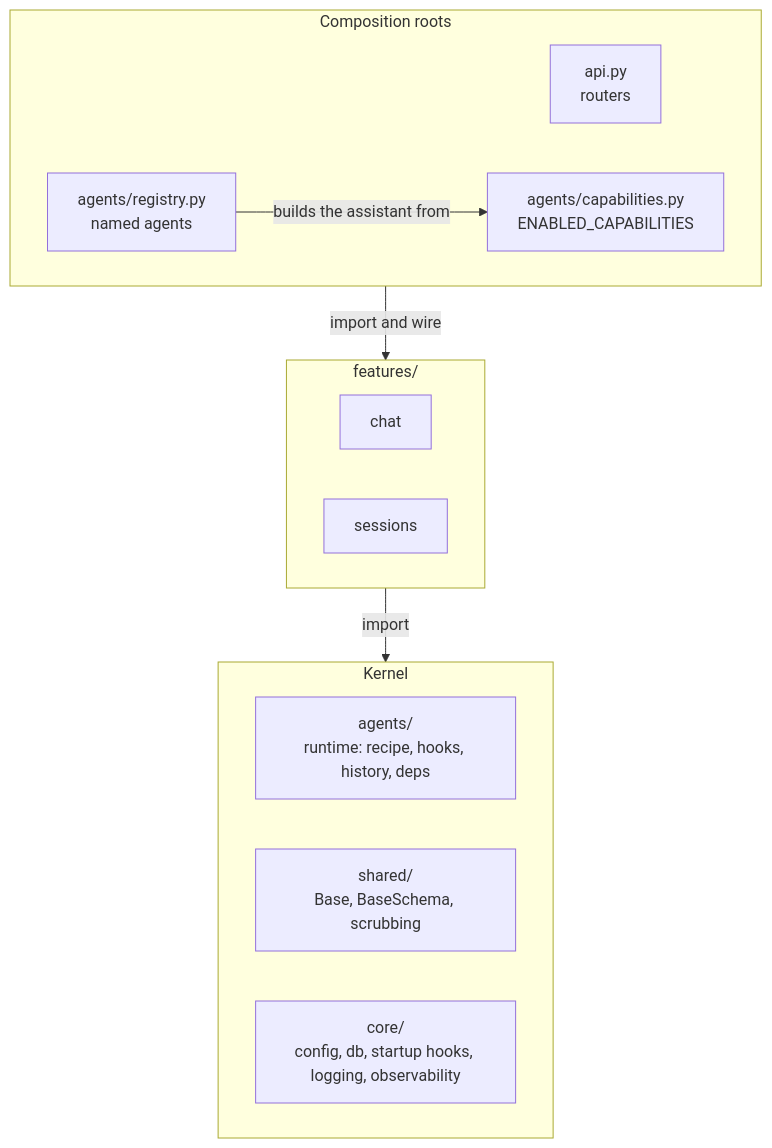
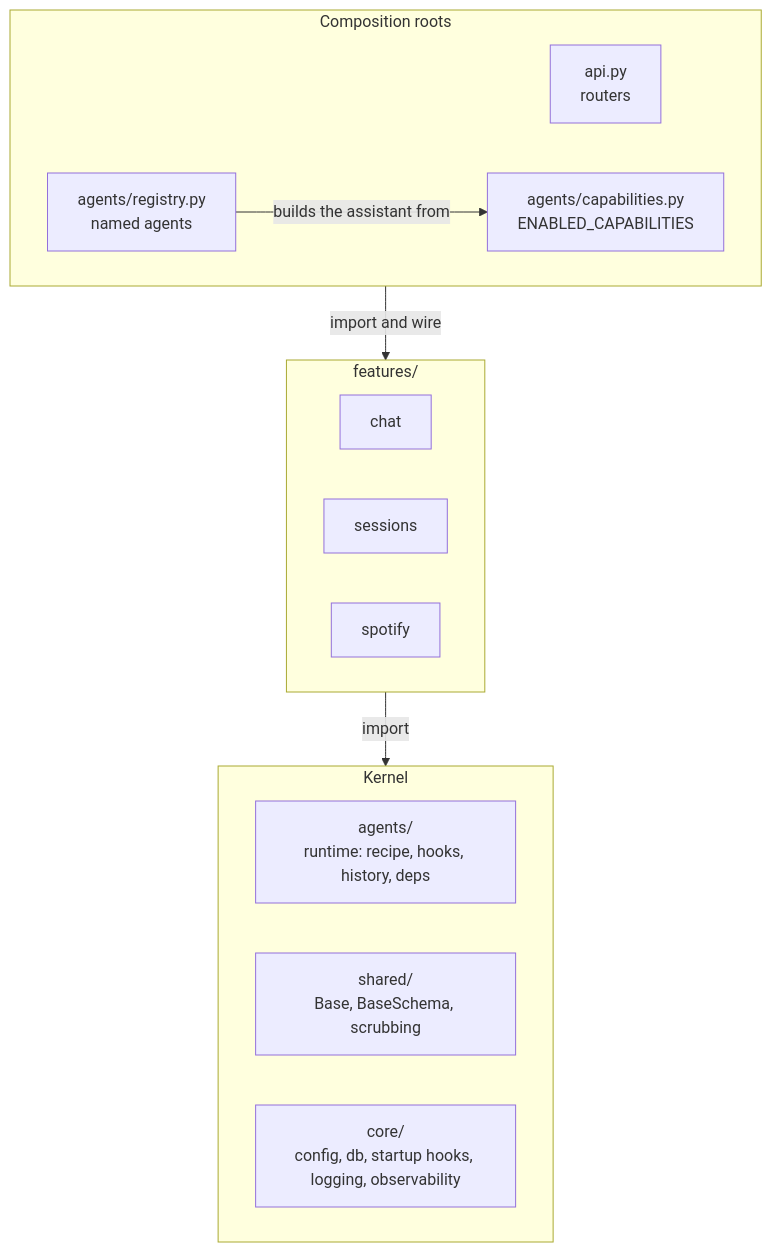
One commit to LukeMainwaring/cortexdj changed the diagram in docs/architecture/slices-and-the-dependency-rule.md. Above: the diagram before and after it, drawn with Mermaid. The commit also changed other lines of this file and 5 other files, not shown here.

````diff
--- a/docs/architecture/slices-and-the-dependency-rule.md
+++ b/docs/architecture/slices-and-the-dependency-rule.md
@@ -9,20 +9,21 @@
 ```mermaid
 flowchart TB
     subgraph roots[Composition roots]
         api["api.py<br/>routers"]
         capabilities["agents/capabilities.py<br/>ENABLED_CAPABILITIES"]
         registry["agents/registry.py<br/>named agents"]
     end
     subgraph features["features/"]
         chat
         sessions
+        spotify
     end
     subgraph kernel[Kernel]
         agents["agents/<br/>runtime: recipe, hooks, history, deps"]
         shared["shared/<br/>Base, BaseSchema, scrubbing"]
         core["core/<br/>config, db, startup hooks, logging, observability"]
     end
     roots -->|import and wire| features
     features -->|import| kernel
     registry -->|builds the assistant from| capabilities
 ```
````
